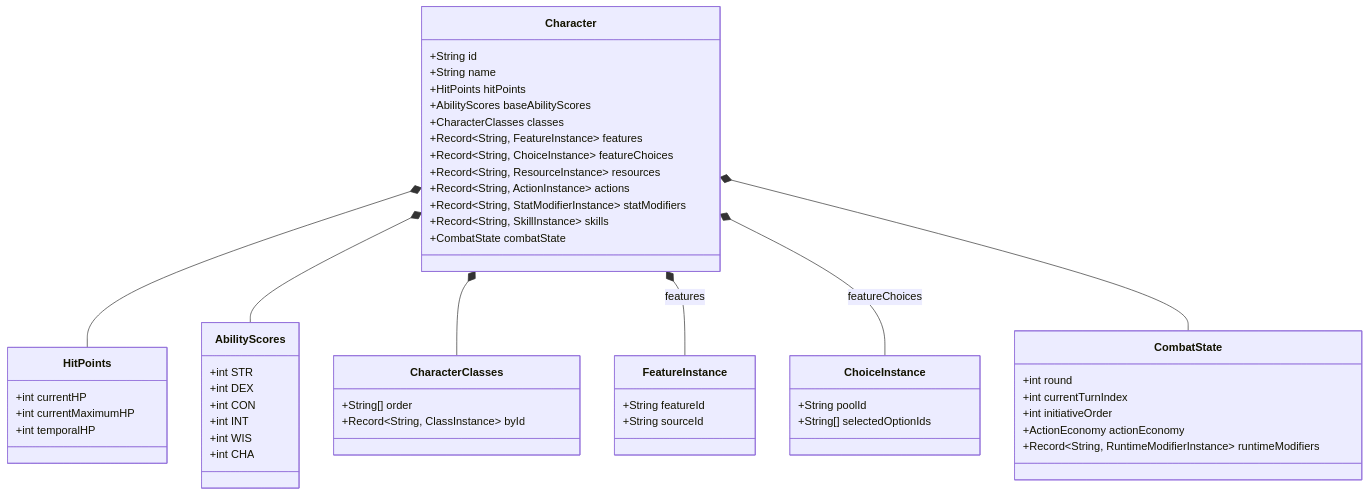
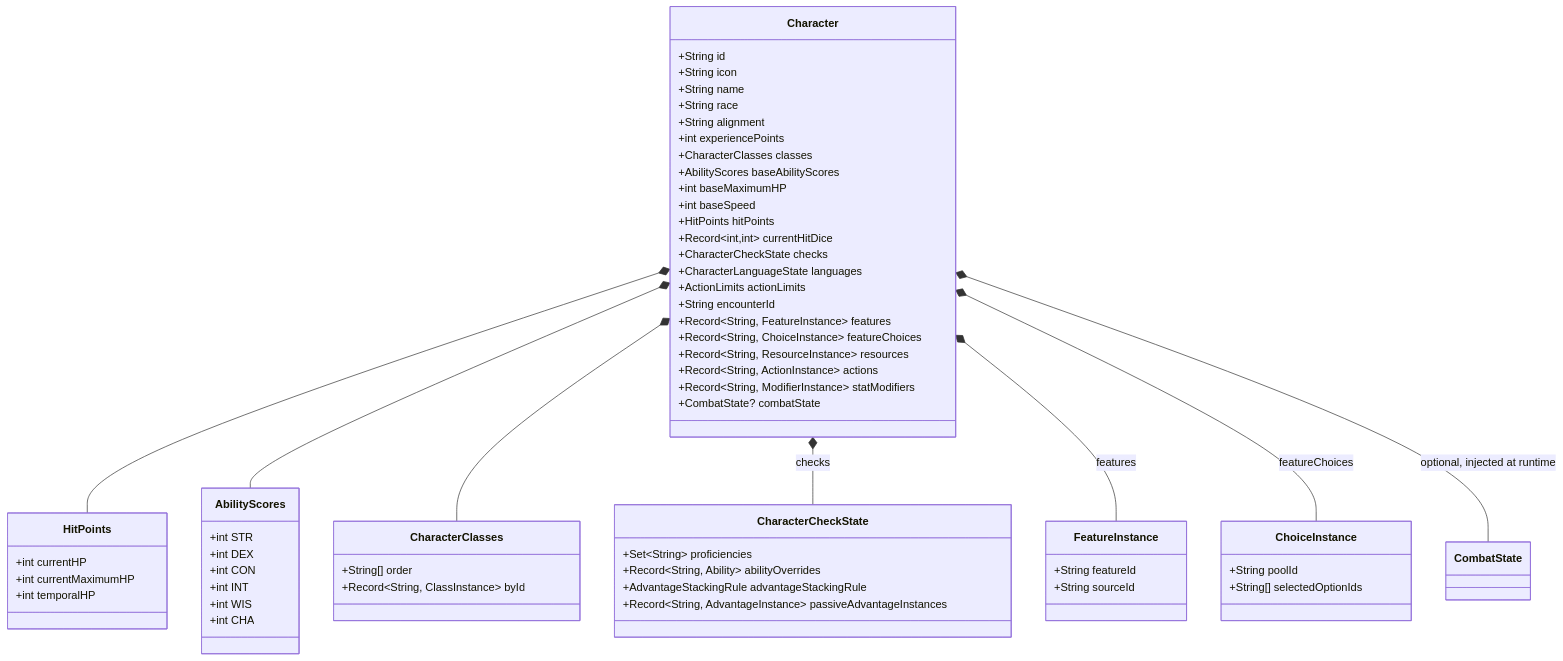
The first of 6 diagrams in docs/domain-model.md (JaredReyes107/DnD-Companion), drawn with Mermaid before and after one commit. The commit also changed other lines of this file and 12 other files, not shown here.

Commit message:
docs: update and expand documentation for current architecture

````diff
--- a/docs/domain-model.md
+++ b/docs/domain-model.md
@@ -9,62 +11,72 @@
 ```mermaid
 classDiagram
     class Character {
         +String id
+        +String icon
         +String name
+        +String race
+        +String alignment
+        +int experiencePoints
+        +CharacterClasses classes
+        +AbilityScores baseAbilityScores
+        +int baseMaximumHP
+        +int baseSpeed
         +HitPoints hitPoints
-        +AbilityScores baseAbilityScores
-        +CharacterClasses classes
+        +Record~int,int~ currentHitDice
+        +CharacterCheckState checks
+        +CharacterLanguageState languages
+        +ActionLimits actionLimits
+        +String encounterId
         +Record~String, FeatureInstance~ features
         +Record~String, ChoiceInstance~ featureChoices
         +Record~String, ResourceInstance~ resources
         +Record~String, ActionInstance~ actions
-        +Record~String, StatModifierInstance~ statModifiers
-        +Record~String, SkillInstance~ skills
-        +CombatState combatState
+        +Record~String, ModifierInstance~ statModifiers
+        +CombatState? combatState
     }
 
     class HitPoints {
         +int currentHP
         +int currentMaximumHP
         +int temporalHP
     }
 
     class AbilityScores {
         +int STR
         +int DEX
         +int CON
         +int INT
         +int WIS
         +int CHA
     }
 
     class CharacterClasses {
         +String[] order
         +Record~String, ClassInstance~ byId
     }
 
+    class CharacterCheckState {
+        +Set~String~ proficiencies
+        +Record~String, Ability~ abilityOverrides
+        +AdvantageStackingRule advantageStackingRule
+        +Record~String, AdvantageInstance~ passiveAdvantageInstances
+    }
+
     class FeatureInstance {
         +String featureId
         +String sourceId
     }
 
     class ChoiceInstance {
         +String poolId
         +String[] selectedOptionIds
     }
 
-    class CombatState {
-        +int round
-        +int currentTurnIndex
-        +int initiativeOrder
-        +ActionEconomy actionEconomy
-        +Record~String, RuntimeModifierInstance~ runtimeModifiers
-    }
-
     Character *-- HitPoints
     Character *-- AbilityScores
     Character *-- CharacterClasses
+    Character *-- CharacterCheckState : checks
     Character *-- FeatureInstance : features
     Character *-- ChoiceInstance : featureChoices
-    Character *-- CombatState
+    Character *-- CombatState : optional, injected at runtime
 ```
````
